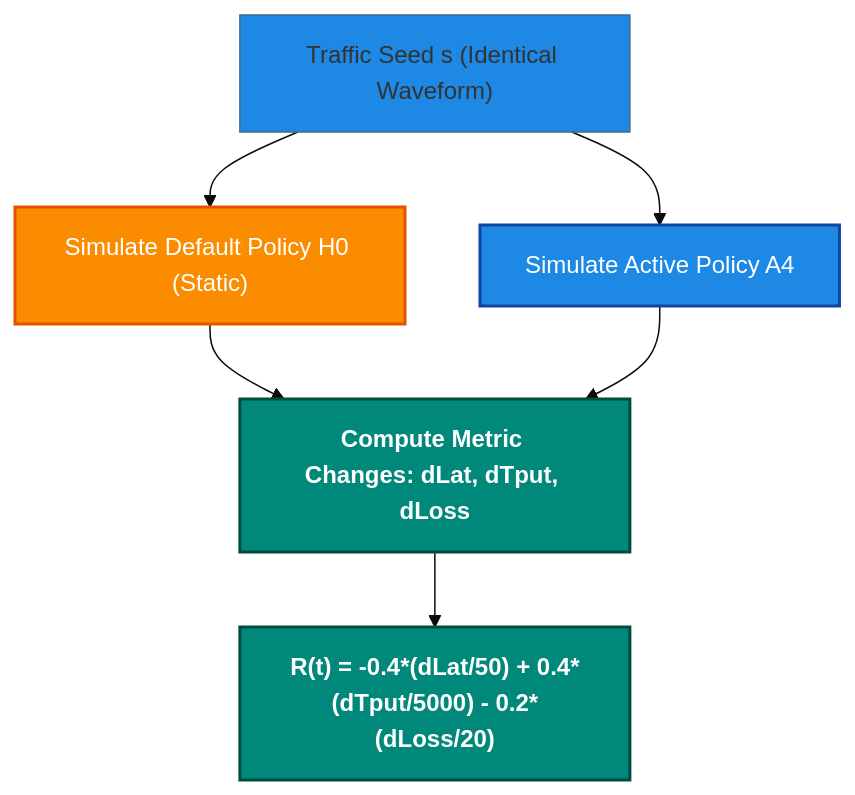
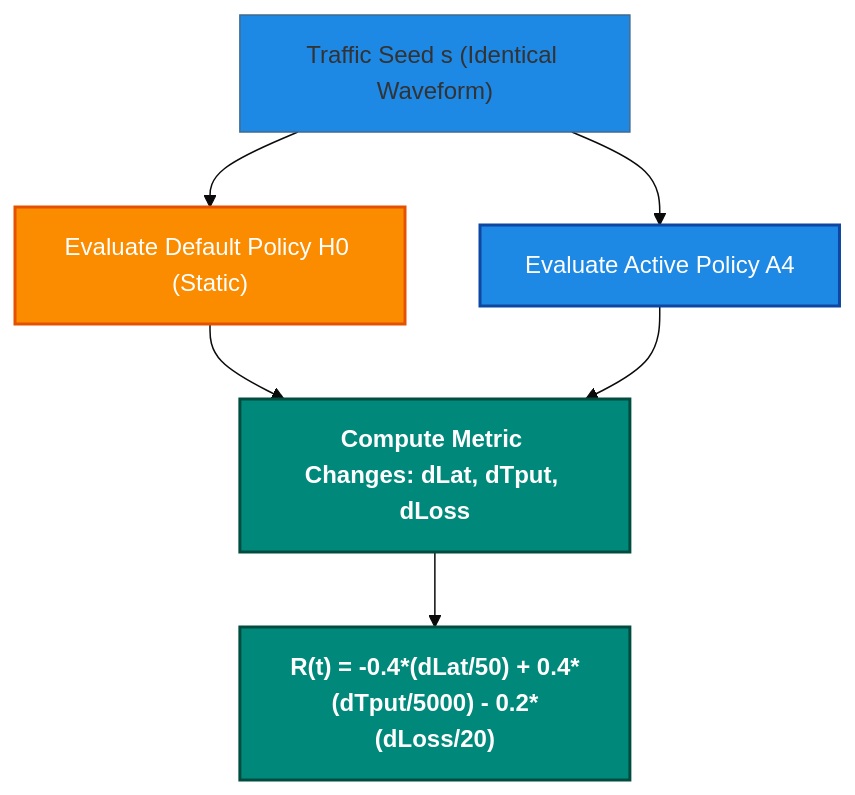
Diagram 11 of 18 in PROJECT_FLOW.md (Ganesh172919/SDN), drawn with Mermaid before and after one commit. The commit also changed other lines of this file and 89 other files, not shown here.

````diff
--- a/PROJECT_FLOW.md
+++ b/PROJECT_FLOW.md
@@ -1022,13 +1022,13 @@
 ```mermaid
 %%{init: {'theme': 'base', 'themeVariables': { 'primaryColor': '#1E88E5', 'edgeLabelBackground':'#ffffff', 'tertiaryColor': '#F3F4F6'}}}%%
 flowchart TD
     classDef baselineNode fill:#FB8C00,stroke:#E65100,stroke-width:2px,color:#ffffff;
     classDef agentNode fill:#1E88E5,stroke:#0D47A1,stroke-width:2px,color:#ffffff;
     classDef rewardNode fill:#00897B,stroke:#004D40,stroke-width:2px,color:#ffffff,font-weight:bold;
 
-    SEED["Traffic Seed s (Identical Waveform)"] --> BASE["Simulate Default Policy H0 (Static)"]:::baselineNode
-    SEED --> AGENT["Simulate Active Policy A4"]:::agentNode
+    SEED["Traffic Seed s (Identical Waveform)"] --> BASE["Evaluate Default Policy H0 (Static)"]:::baselineNode
+    SEED --> AGENT["Evaluate Active Policy A4"]:::agentNode
     BASE --> DELTA["Compute Metric Changes: dLat, dTput, dLoss"]:::rewardNode
     AGENT --> DELTA
     DELTA --> REWARD["R(t) = -0.4*(dLat/50) + 0.4*(dTput/5000) - 0.2*(dLoss/20)"]:::rewardNode
 ```
````
